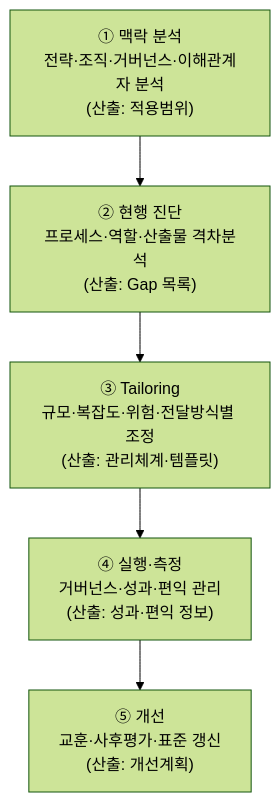
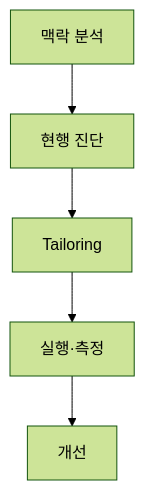
One commit to agnusdei1207/study changed the third of 4 diagrams in src/content/docs/notes/itpe/01-it-strategy/043_iso_21500.md. Above: the diagram before and after it, drawn with Mermaid (forest theme). The commit also changed other lines of this file and 19 other files, not shown here.

````diff
--- a/src/content/docs/notes/itpe/01-it-strategy/043_iso_21500.md
+++ b/src/content/docs/notes/itpe/01-it-strategy/043_iso_21500.md
@@ -117,10 +98,7 @@
 ```mermaid
 flowchart TD
-    S1["① 맥락 분석<br/>전략·조직·거버넌스·이해관계자 분석<br/>(산출: 적용범위)"]
-    S2["② 현행 진단<br/>프로세스·역할·산출물 격차분석<br/>(산출: Gap 목록)"]
-    S3["③ Tailoring<br/>규모·복잡도·위험·전달방식별 조정<br/>(산출: 관리체계·템플릿)"]
-    S4["④ 실행·측정<br/>거버넌스·성과·편익 관리<br/>(산출: 성과·편익 정보)"]
-    S5["⑤ 개선<br/>교훈·사후평가·표준 갱신<br/>(산출: 개선계획)"]
-
-    S1 --> S2 --> S3 --> S4 --> S5
+    S1["맥락 분석"] --> S2["현행 진단"]
+    S2 --> S3["Tailoring"]
+    S3 --> S4["실행·측정"]
+    S4 --> S5["개선"]
 ```
````
